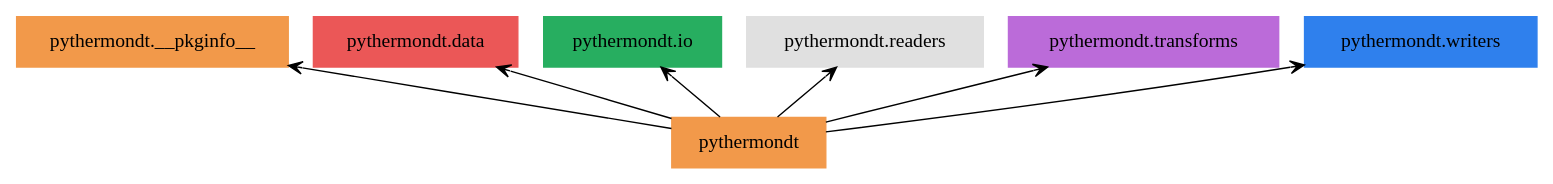
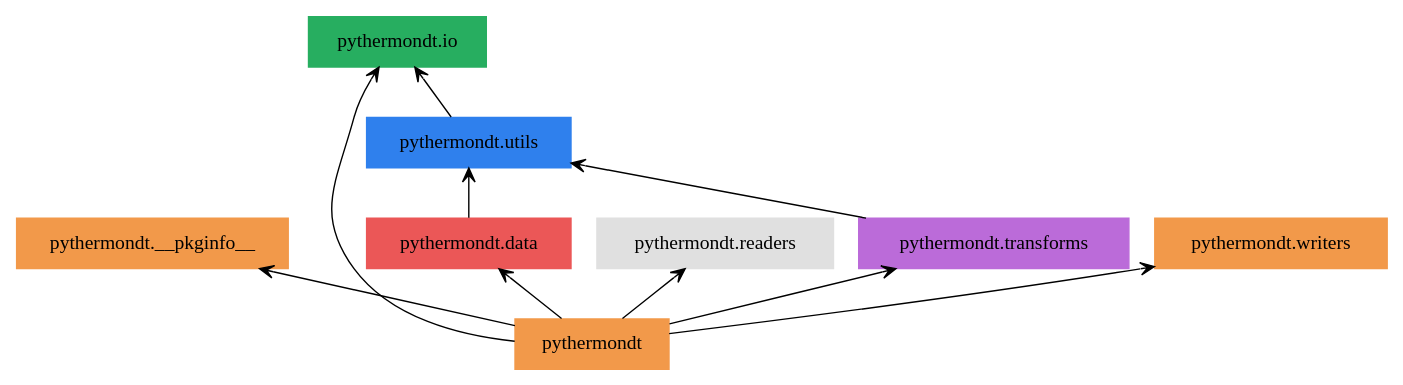
Before and after one commit to voidsy-gmbh/pyThermoNDT: the diagram in docs/pyreverse/graphviz/packages_Overview.gv, drawn with Graphviz. The commit also changed 29 other files, not shown here.

```diff
--- a/docs/pyreverse/graphviz/packages_Overview.gv
+++ b/docs/pyreverse/graphviz/packages_Overview.gv
@@ -1,17 +1,21 @@
 digraph "packages_Overview" {
 rankdir=BT
 charset="utf-8"
 "pythermondt" [color="#F2994A", label=<pythermondt>, shape="box", style="filled"];
 "pythermondt.__pkginfo__" [color="#F2994A", label=<pythermondt.__pkginfo__>, shape="box", style="filled"];
 "pythermondt.data" [color="#EB5757", label=<pythermondt.data>, shape="box", style="filled"];
 "pythermondt.io" [color="#27AE60", label=<pythermondt.io>, shape="box", style="filled"];
 "pythermondt.readers" [color="#E0E0E0", label=<pythermondt.readers>, shape="box", style="filled"];
 "pythermondt.transforms" [color="#BB6BD9", label=<pythermondt.transforms>, shape="box", style="filled"];
-"pythermondt.writers" [color="#2F80ED", label=<pythermondt.writers>, shape="box", style="filled"];
+"pythermondt.utils" [color="#2F80ED", label=<pythermondt.utils>, shape="box", style="filled"];
+"pythermondt.writers" [color="#F2994A", label=<pythermondt.writers>, shape="box", style="filled"];
 "pythermondt" -> "pythermondt.__pkginfo__" [arrowhead="open", arrowtail="none"];
 "pythermondt" -> "pythermondt.data" [arrowhead="open", arrowtail="none"];
 "pythermondt" -> "pythermondt.io" [arrowhead="open", arrowtail="none"];
 "pythermondt" -> "pythermondt.readers" [arrowhead="open", arrowtail="none"];
 "pythermondt" -> "pythermondt.transforms" [arrowhead="open", arrowtail="none"];
 "pythermondt" -> "pythermondt.writers" [arrowhead="open", arrowtail="none"];
+"pythermondt.data" -> "pythermondt.utils" [arrowhead="open", arrowtail="none"];
+"pythermondt.transforms" -> "pythermondt.utils" [arrowhead="open", arrowtail="none"];
+"pythermondt.utils" -> "pythermondt.io" [arrowhead="open", arrowtail="none"];
 }
```
